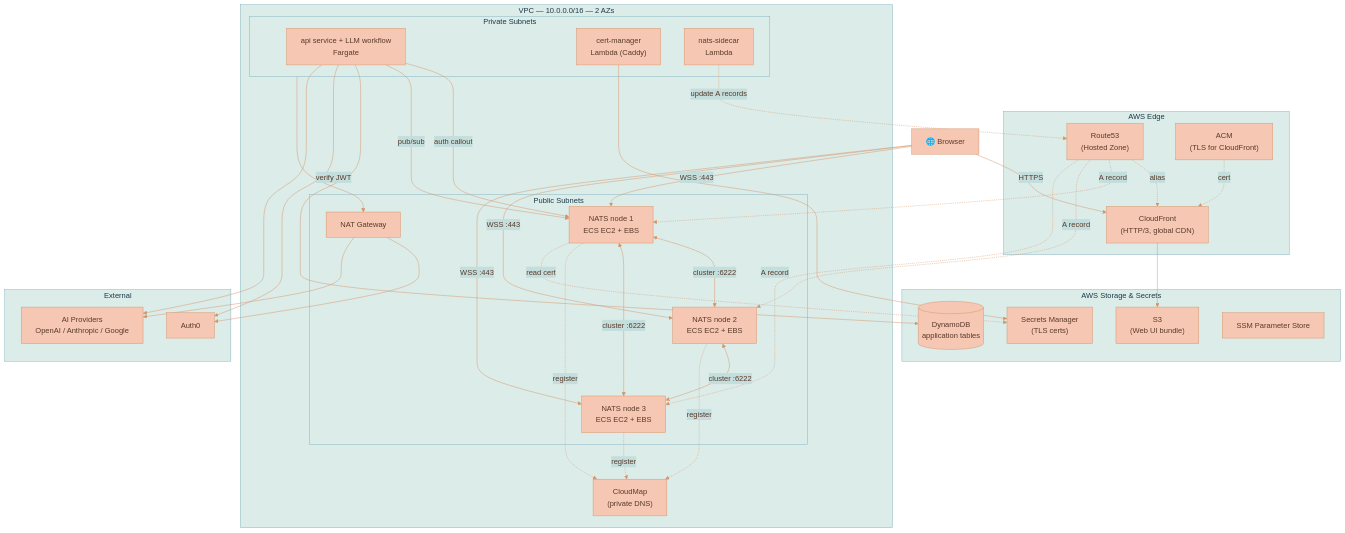
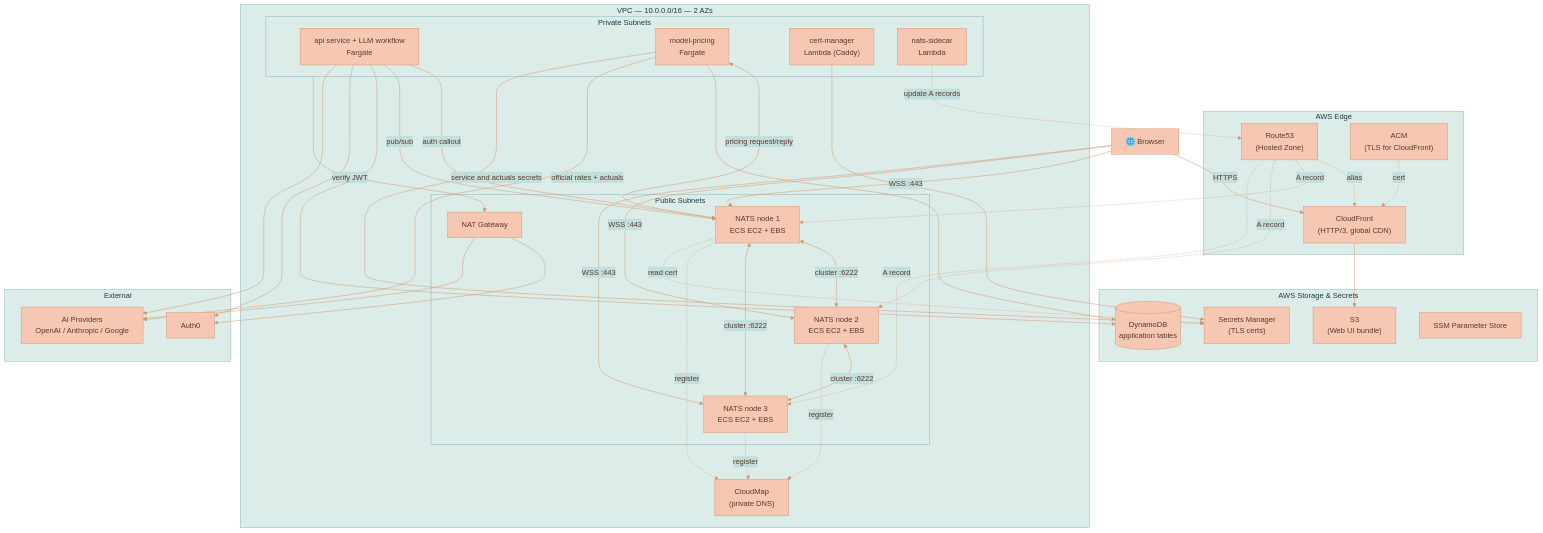
One commit to Lixpi/lixpi changed the first of 5 diagrams in documentation/platform/deployment/INFRASTRUCTURE-OVERVIEW.md. Above: the diagram before and after it, drawn with Mermaid. The commit also changed other lines of this file and 22 other files, not shown here.

Commit message:
LIX-340 # Complete model pricing operational hardening

````diff
--- a/documentation/platform/deployment/INFRASTRUCTURE-OVERVIEW.md
+++ b/documentation/platform/deployment/INFRASTRUCTURE-OVERVIEW.md
@@ -30,73 +30,78 @@
 ```mermaid
 %%{init: {'theme': 'base', 'themeVariables': { 'primaryColor': '#F6C7B3', 'primaryTextColor': '#5a3a2a', 'primaryBorderColor': '#d4956a', 'secondaryColor': '#C3DEDD', 'secondaryTextColor': '#1a3a47', 'secondaryBorderColor': '#4a8a9d', 'tertiaryColor': '#DCECE9', 'tertiaryTextColor': '#1a3a47', 'tertiaryBorderColor': '#82B2C0', 'lineColor': '#d4956a', 'textColor': '#5a3a2a'}}}%%
 flowchart TB
     Browser["🌐 Browser"]
 
     subgraph Edge["AWS Edge"]
         CF["CloudFront<br/>(HTTP/3, global CDN)"]
         R53["Route53<br/>(Hosted Zone)"]
         ACM["ACM<br/>(TLS for CloudFront)"]
     end
 
     subgraph VPC["VPC — 10.0.0.0/16 — 2 AZs"]
         subgraph Public["Public Subnets"]
             NATS1["NATS node 1<br/>ECS EC2 + EBS"]
             NATS2["NATS node 2<br/>ECS EC2 + EBS"]
             NATS3["NATS node 3<br/>ECS EC2 + EBS"]
             NAT["NAT Gateway"]
         end
 
         subgraph Private["Private Subnets"]
             API["api service + LLM workflow<br/>Fargate"]
+            Pricing["model-pricing<br/>Fargate"]
             CertLambda["cert-manager<br/>Lambda (Caddy)"]
             Sidecar["nats-sidecar<br/>Lambda"]
         end
 
         CM["CloudMap<br/>(private DNS)"]
     end
 
     subgraph Storage["AWS Storage & Secrets"]
         S3["S3<br/>(Web UI bundle)"]
         DDB[("DynamoDB<br/>application tables")]
         SM["Secrets Manager<br/>(TLS certs)"]
         SSM["SSM Parameter Store"]
     end
 
     subgraph External["External"]
         Auth0["Auth0"]
         AIProv["AI Providers<br/>OpenAI / Anthropic / Google"]
     end
 
     Browser -->|HTTPS| CF
     CF --> S3
     R53 -.->|alias| CF
     ACM -.->|cert| CF
 
     Browser -->|WSS :443| NATS1
     Browser -->|WSS :443| NATS2
     Browser -->|WSS :443| NATS3
     R53 -.->|A record| NATS1
     R53 -.->|A record| NATS2
     R53 -.->|A record| NATS3
 
     NATS1 <-->|cluster :6222| NATS2
     NATS2 <-->|cluster :6222| NATS3
     NATS1 <-->|cluster :6222| NATS3
     NATS1 -.->|register| CM
     NATS2 -.->|register| CM
     NATS3 -.->|register| CM
 
     API -->|auth callout| NATS1
     API -->|pub/sub| NATS1
     API --> DDB
     API -->|verify JWT| Auth0
     API --> AIProv
+    Pricing <-->|pricing request/reply| NATS1
+    Pricing --> DDB
+    Pricing -->|official rates + actuals| AIProv
+    Pricing -->|service and actuals secrets| SM
 
     CertLambda --> SM
     NATS1 -.->|read cert| SM
     Sidecar -.->|update A records| R53
 
     Private --> NAT
     NAT --> Auth0
     NAT --> AIProv
 ```
````
